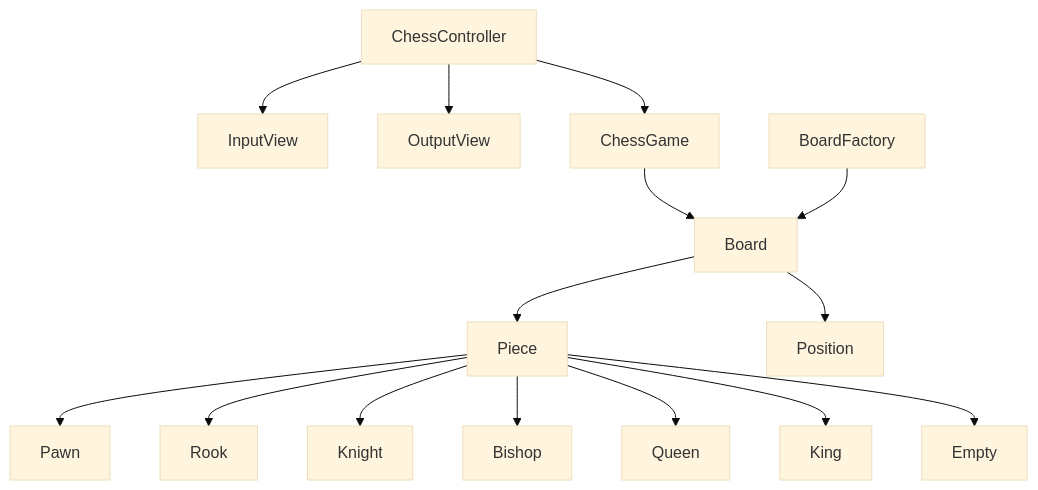
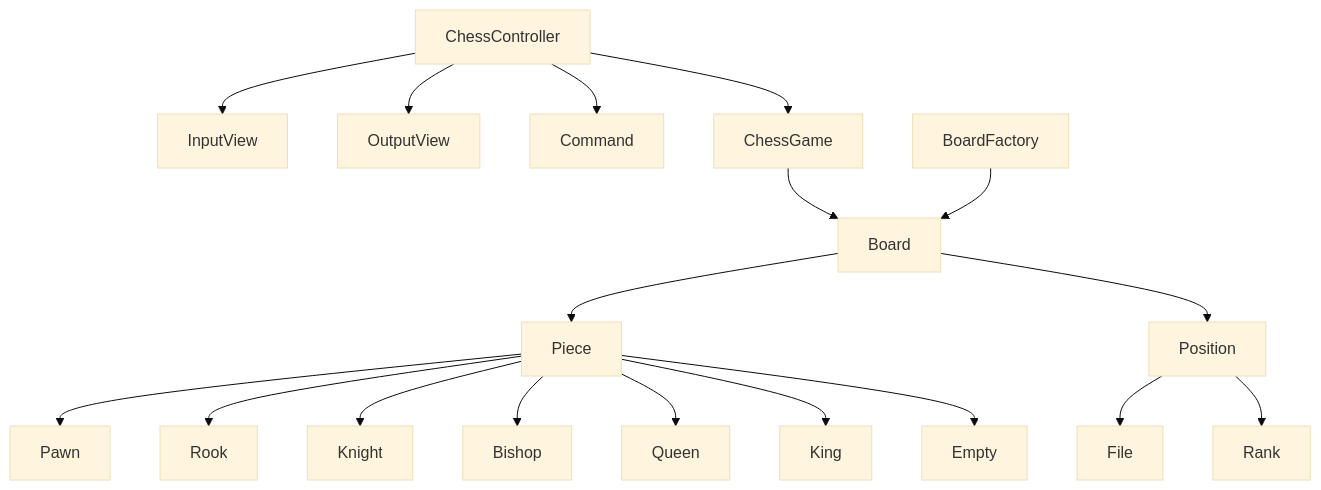
One commit to woowacourse/java-chess changed the diagram in README.md. Above: the diagram before and after it, drawn with Mermaid (base theme).

Commit message:
docs: 기능 구현 목록 수정

````diff
--- a/README.md
+++ b/README.md
@@ -11,21 +11,25 @@
 ```mermaid
 graph TD
     ChessController --> InputView
     ChessController --> OutputView
+    ChessController --> Command
     ChessController --> ChessGame
     
     ChessGame --> Board
     
     BoardFactory --> Board
 
     Board --> Piece
     Board --> Position
     
+    Position --> File
+    Position --> Rank
+    
     Piece --> Pawn
     Piece --> Rook
     Piece --> Knight
     Piece --> Bishop
     Piece --> Queen
     Piece --> King
     Piece --> Empty
 ```
````
